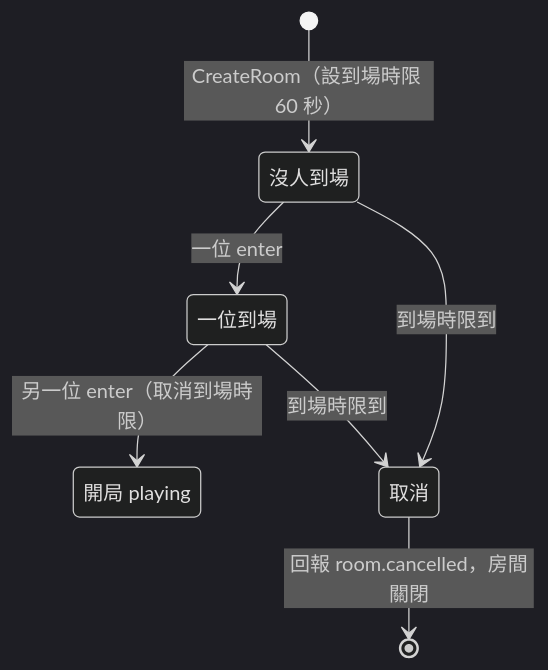
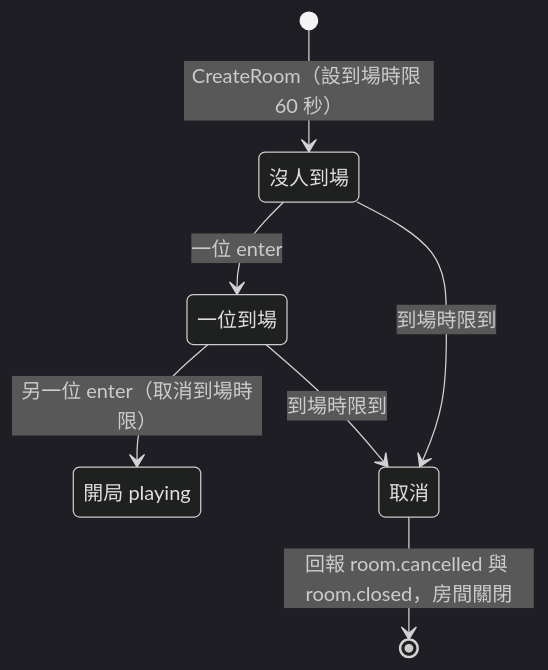
One commit to yshsu0918/yi-arena changed the second of 6 diagrams in docs/spec_v2.md. Above: the diagram before and after it, drawn with Mermaid (dark theme). The commit also changed other lines of this file and 2 other files, not shown here.

````diff
--- a/docs/spec_v2.md
+++ b/docs/spec_v2.md
@@ -218,14 +218,14 @@
 ```mermaid
 stateDiagram-v2
   state "沒人到場" as none
   state "一位到場" as one
   state "開局 playing" as playing
   state "取消" as cancelled
 
   [*] --> none: CreateRoom（設到場時限 60 秒）
   none --> one: 一位 enter
   one --> playing: 另一位 enter（取消到場時限）
   none --> cancelled: 到場時限到
   one --> cancelled: 到場時限到
-  cancelled --> [*]: 回報 room.cancelled，房間關閉
+  cancelled --> [*]: 回報 room.cancelled 與 room.closed，房間關閉
 ```
````
